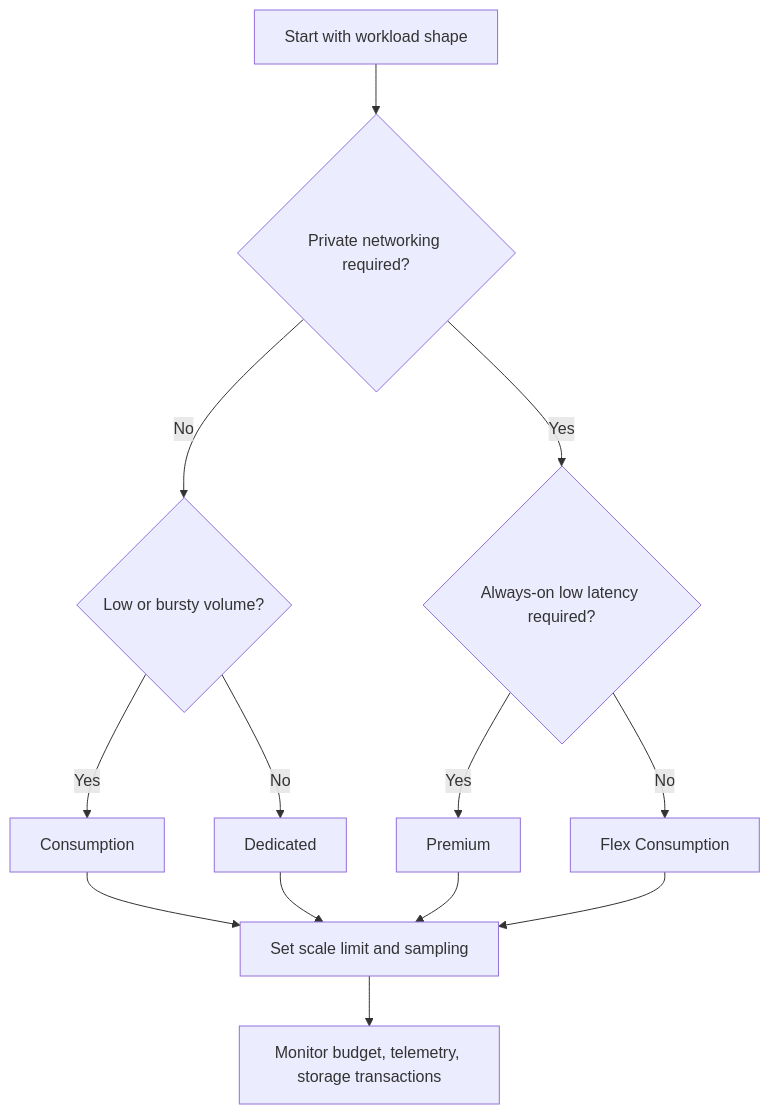
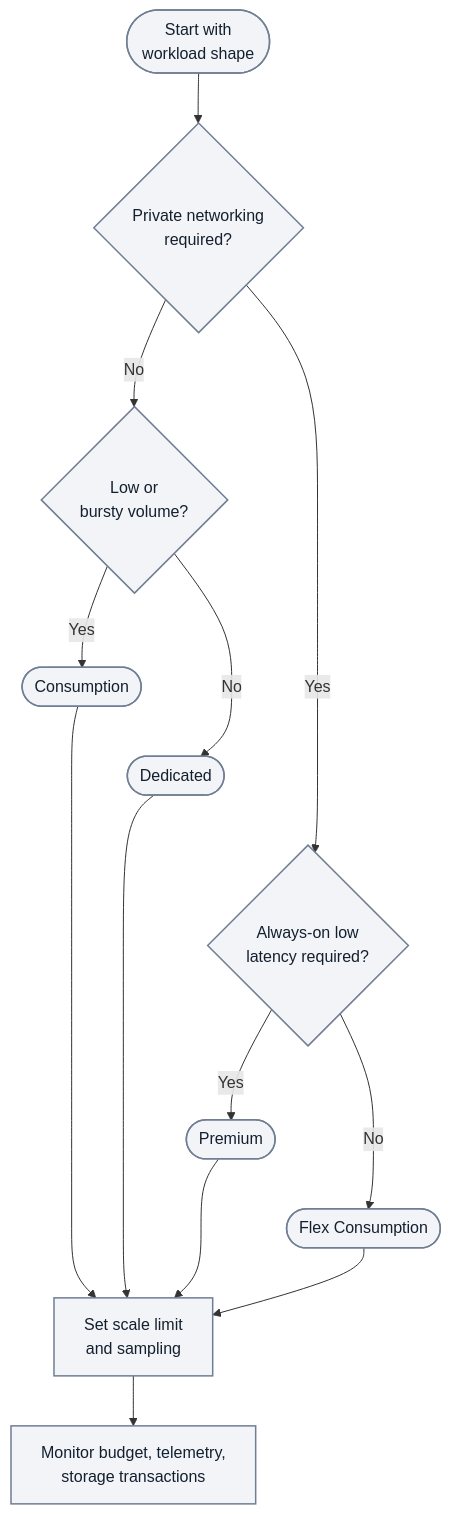
The second of 2 diagrams in docs/best-practices/cost-optimization.md (yeongseon/azure-functions-practical-guide), drawn with Mermaid before and after one commit. The commit also changed other lines of this file and 1 other file, not shown here.

First line of the commit message:
docs(diagrams): migrate Functions best-practices cost-optimization.md diagrams — cost optimization (#458)

````diff
--- a/docs/best-practices/cost-optimization.md
+++ b/docs/best-practices/cost-optimization.md
@@ -317,15 +330,23 @@
 ```mermaid
 flowchart TD
-    A[Start with workload shape] --> B{Private networking required?}
-    B -->|No| C{Low or bursty volume?}
-    C -->|Yes| D[Consumption]
-    C -->|No| E[Dedicated]
-    B -->|Yes| F{Always-on low latency required?}
-    F -->|Yes| G[Premium]
-    F -->|No| H[Flex Consumption]
-    D --> I[Set scale limit and sampling]
+    accTitle: Hosting-plan candidates and cost governance
+    accDescr: Illustrative shortlist preserves the private-networking, volume and always-on latency Yes and No branches leading to Consumption, Dedicated, Premium or Flex Consumption. Each candidate leads to plan-specific scale controls, sampling and cost monitoring; the shortlist is not exhaustive.
+    A([Start with<br/>workload shape]) --> B{Private networking<br/>required?}
+    B -->|No| C{Low or<br/>bursty volume?}
+    C -->|Yes| D([Consumption])
+    C -->|No| E([Dedicated])
+    B -->|Yes| F{Always-on low<br/>latency required?}
+    F -->|Yes| G([Premium])
+    F -->|No| H([Flex Consumption])
+    D --> I[Set scale limit<br/>and sampling]
     E --> I
     G --> I
     H --> I
-    I --> J[Monitor budget, telemetry, storage transactions]
+    I --> J[Monitor budget, telemetry,<br/>storage transactions]
+    %% Layout-only links tier the candidates; they add no decisions or semantic arrows.
+    D ~~~ E
+    E ~~~ F
+    G ~~~ H
+    classDef neutral fill:#f2f4f8,stroke:#707e93,stroke-width:1.5px,color:#14202e;
+    class A,B,C,D,E,F,G,H,I,J neutral;
 ```
````
